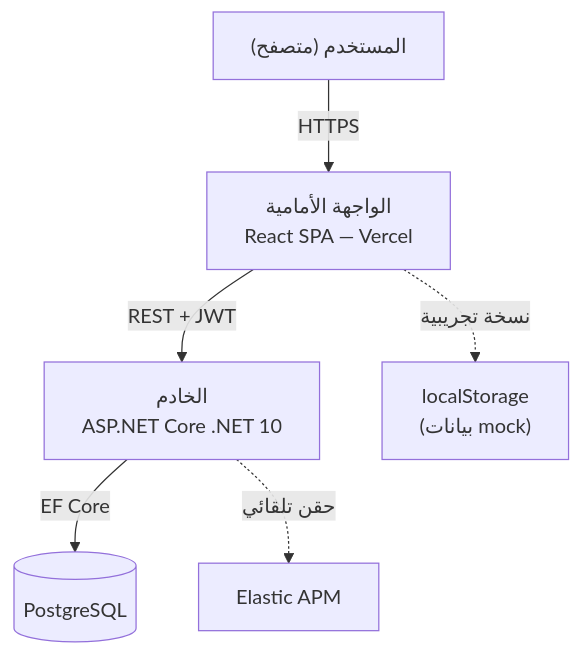
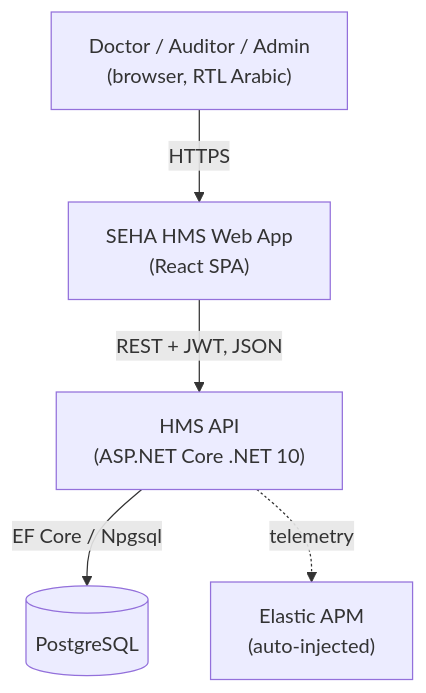
The first of 11 diagrams in ARCHITECTURE.md (azizmf1/azizmf1), drawn with Mermaid before and after one commit. The commit also changed other lines of this file, not shown here.

First line of the commit message:
docs: rewrite ARCHITECTURE.md in English, comprehensive (C4, ADRs, NFRs)

````diff
--- a/ARCHITECTURE.md
+++ b/ARCHITECTURE.md
@@ -20,8 +87,13 @@
 ```mermaid
 graph TD
-  U["المستخدم (متصفح)"] -->|HTTPS| FE["الواجهة الأمامية<br/>React SPA — Vercel"]
-  FE -->|REST + JWT| API["الخادم<br/>ASP.NET Core .NET 10"]
-  API -->|EF Core| DB[("PostgreSQL")]
-  API -. "حقن تلقائي" .-> APM["Elastic APM"]
-  FE -. "نسخة تجريبية" .-> LS["localStorage<br/>(بيانات mock)"]
+  doctor["Doctor / Auditor / Admin<br/>(browser, RTL Arabic)"]
+  spa["SEHA HMS Web App<br/>(React SPA)"]
+  api["HMS API<br/>(ASP.NET Core .NET 10)"]
+  db[("PostgreSQL")]
+  apm["Elastic APM<br/>(auto-injected)"]
+
+  doctor -->|HTTPS| spa
+  spa -->|REST + JWT, JSON| api
+  api -->|EF Core / Npgsql| db
+  api -. telemetry .-> apm
 ```
````
